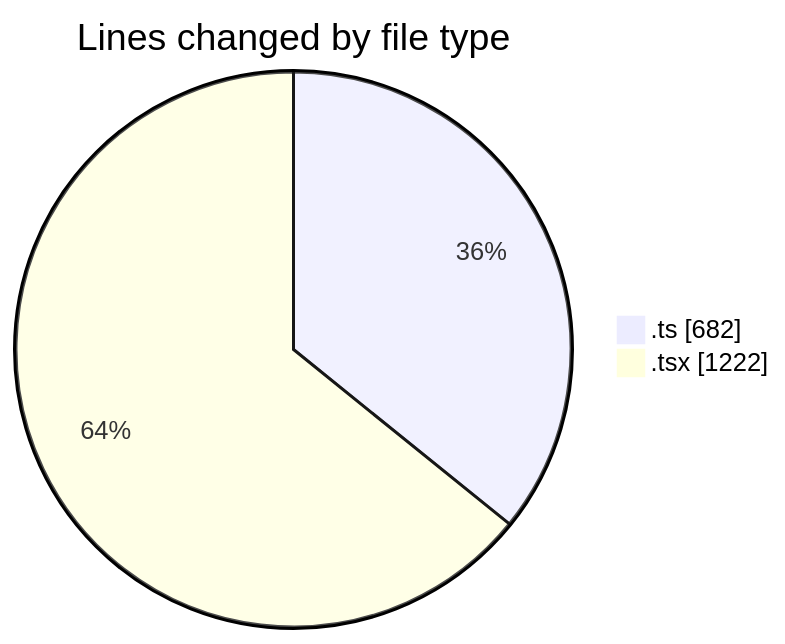
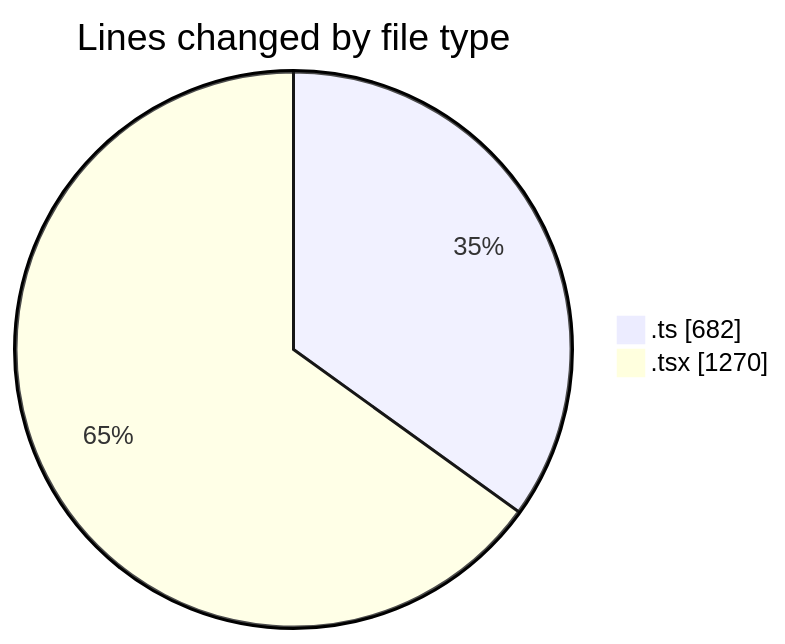
One commit to nxtqubesakshisongat/code-tracking changed the first of 2 diagrams in 2026-03-23/nxtqube_webapp/README.md. Above: the diagram before and after it, drawn with Mermaid. The commit also changed other lines of this file and 1 other file, not shown here.

````diff
--- a/2026-03-23/nxtqube_webapp/README.md
+++ b/2026-03-23/nxtqube_webapp/README.md
@@ -23,6 +23,6 @@
 ```mermaid
 pie showData
 title Lines changed by file type
 ".ts" : 682
-".tsx" : 1222
+".tsx" : 1270
 ```
````
